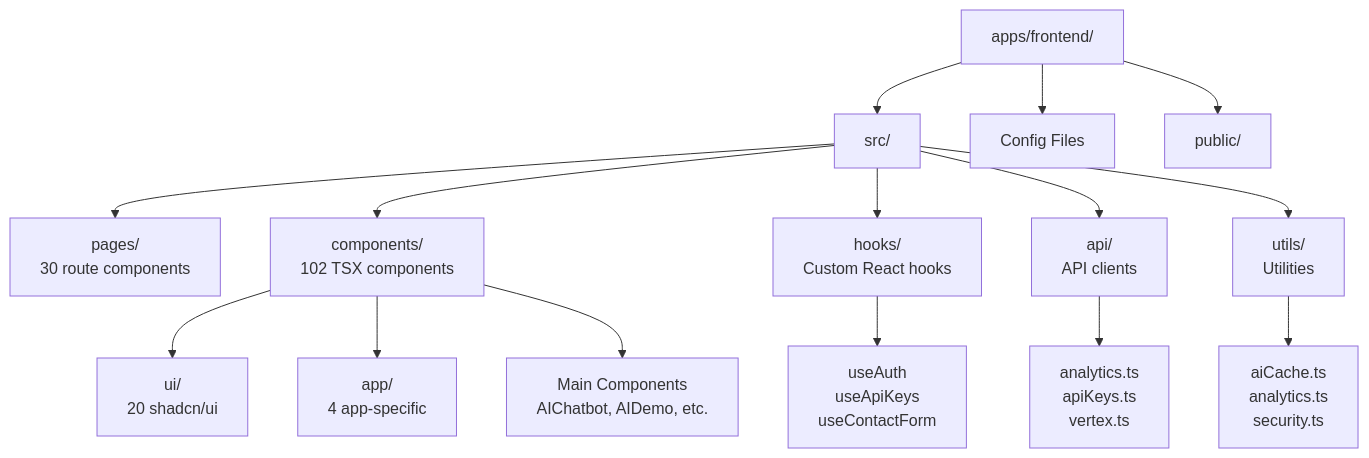
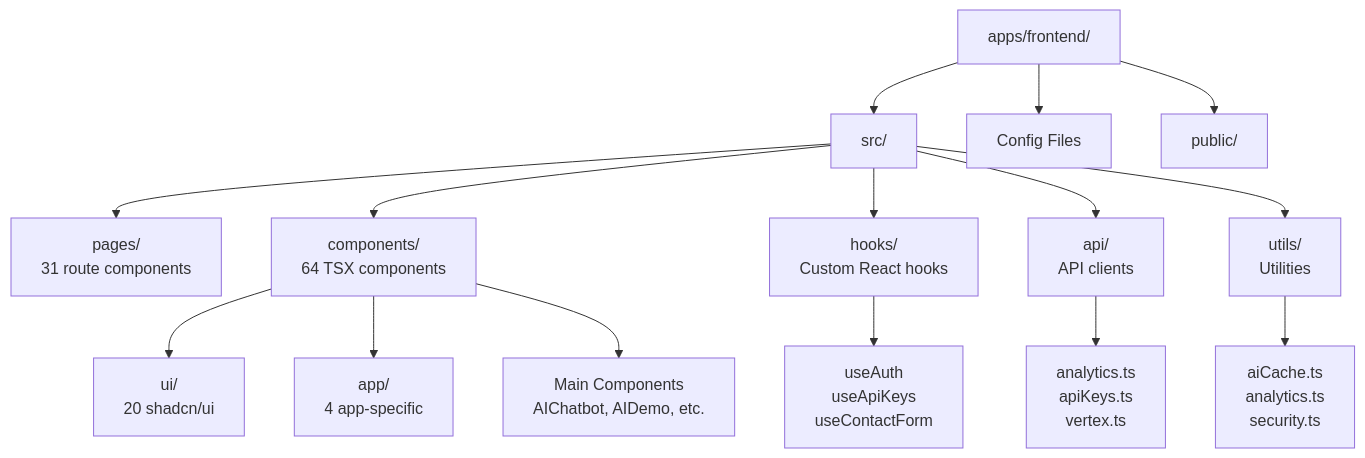
The third of 15 diagrams in docs/architecture/repository-structure.md (lawmight/TCDynamics), drawn with Mermaid before and after one commit. The commit also changed other lines of this file and 4 other files, not shown here.

````diff
--- a/docs/architecture/repository-structure.md
+++ b/docs/architecture/repository-structure.md
@@ -55,22 +55,22 @@
 ```mermaid
 flowchart TB
     Frontend[apps/frontend/] --> Src[src/]
     Frontend --> Config[Config Files]
     Frontend --> Public[public/]
 
-    Src --> Pages[pages/<br/>30 route components]
-    Src --> Components[components/<br/>102 TSX components]
+    Src --> Pages[pages/<br/>31 route components]
+    Src --> Components[components/<br/>64 TSX components]
     Src --> Hooks[hooks/<br/>Custom React hooks]
     Src --> API[api/<br/>API clients]
     Src --> Utils[utils/<br/>Utilities]
 
     Components --> UI[ui/<br/>20 shadcn/ui]
     Components --> AppComp[app/<br/>4 app-specific]
     Components --> MainComp[Main Components<br/>AIChatbot, AIDemo, etc.]
 
     Hooks --> HookFiles[useAuth<br/>useApiKeys<br/>useContactForm]
 
     API --> APIFiles[analytics.ts<br/>apiKeys.ts<br/>vertex.ts]
 
     Utils --> UtilFiles[aiCache.ts<br/>analytics.ts<br/>security.ts]
 ```
````
